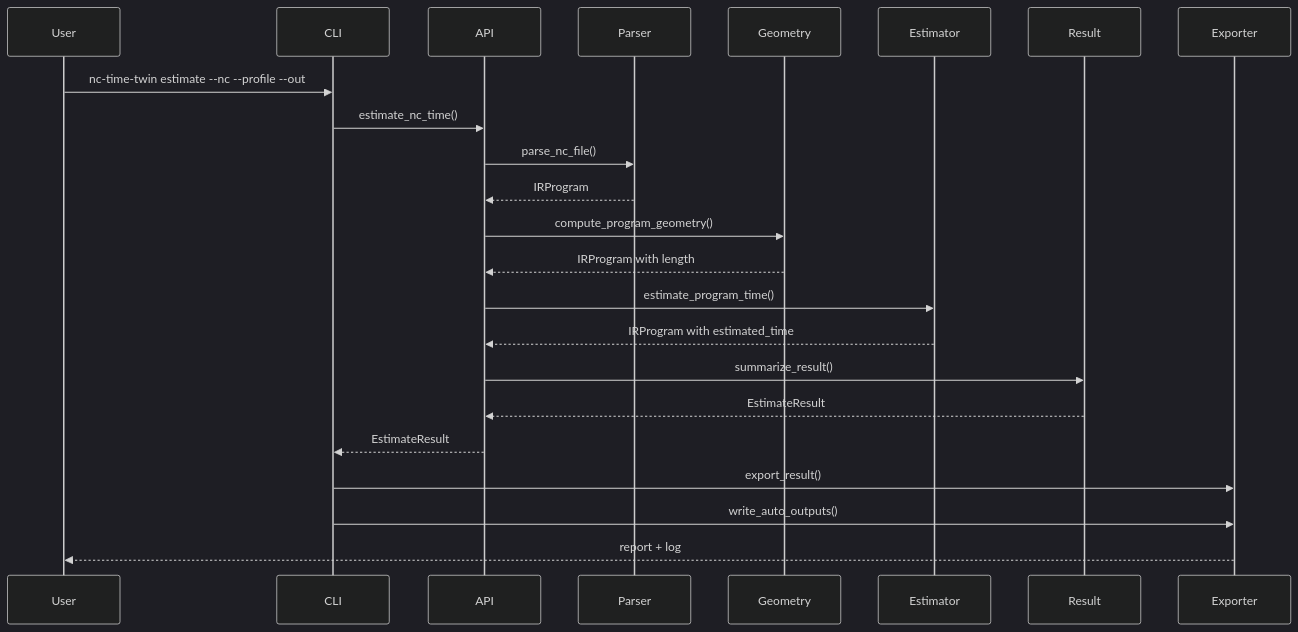
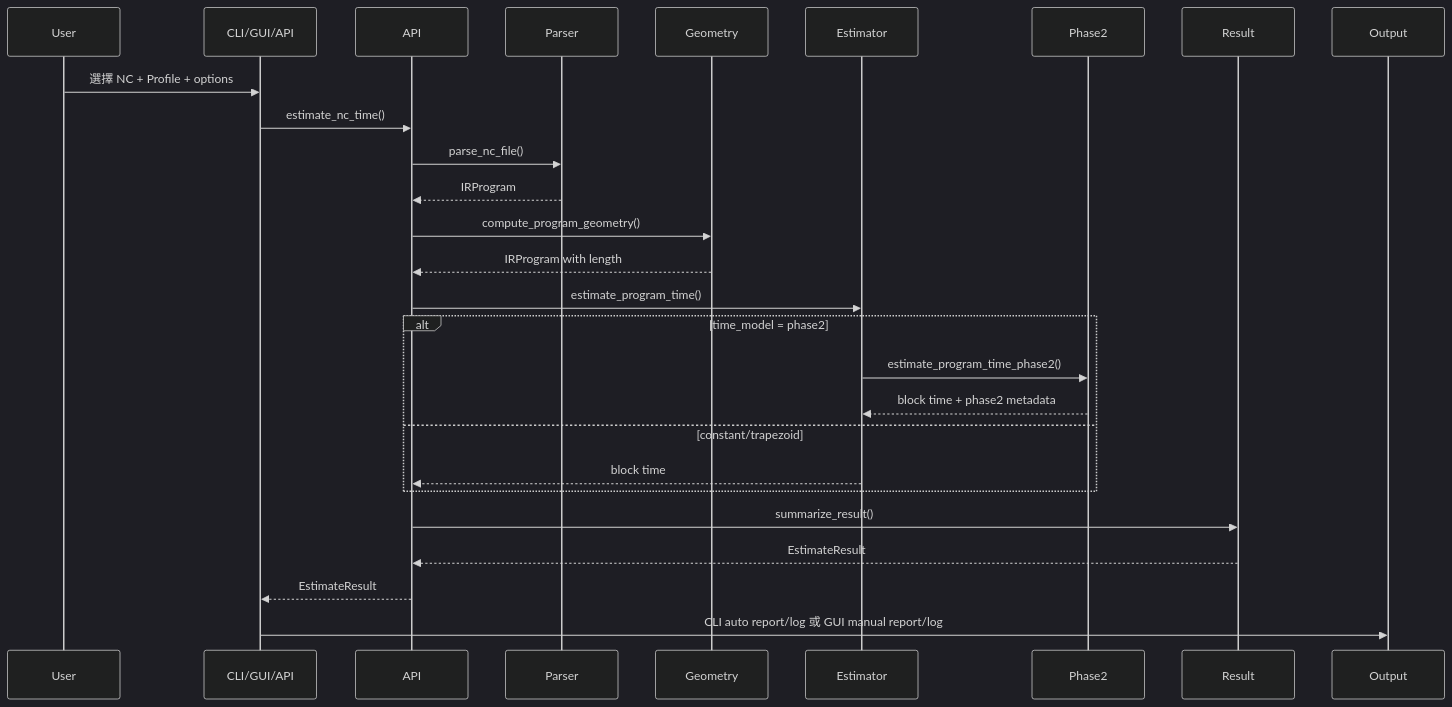
Before and after one commit to giraffe70/nc_time_estimate: the second of 2 diagrams in docs/系統架構.md, drawn with Mermaid (dark theme). The commit also changed other lines of this file and 19 other files, not shown here.

````diff
--- a/docs/系統架構.md
+++ b/docs/系統架構.md
@@ -338,26 +211,30 @@
 ```mermaid
 sequenceDiagram
     participant User
-    participant CLI
+    participant UI as CLI/GUI/API
     participant API
     participant Parser
     participant Geometry
     participant Estimator
+    participant Phase2
     participant Result
-    participant Exporter
+    participant Output
 
-    User->>CLI: nc-time-twin estimate --nc --profile --out
-    CLI->>API: estimate_nc_time()
+    User->>UI: 選擇 NC + Profile + options
+    UI->>API: estimate_nc_time()
     API->>Parser: parse_nc_file()
     Parser-->>API: IRProgram
     API->>Geometry: compute_program_geometry()
     Geometry-->>API: IRProgram with length
     API->>Estimator: estimate_program_time()
-    Estimator-->>API: IRProgram with estimated_time
+    alt time_model = phase2
+        Estimator->>Phase2: estimate_program_time_phase2()
+        Phase2-->>Estimator: block time + phase2 metadata
+    else constant/trapezoid
+        Estimator-->>API: block time
+    end
     API->>Result: summarize_result()
     Result-->>API: EstimateResult
-    API-->>CLI: EstimateResult
-    CLI->>Exporter: export_result()
-    CLI->>Exporter: write_auto_outputs()
-    Exporter-->>User: report + log
+    API-->>UI: EstimateResult
+    UI->>Output: CLI auto report/log 或 GUI manual report/log
 ```
````
